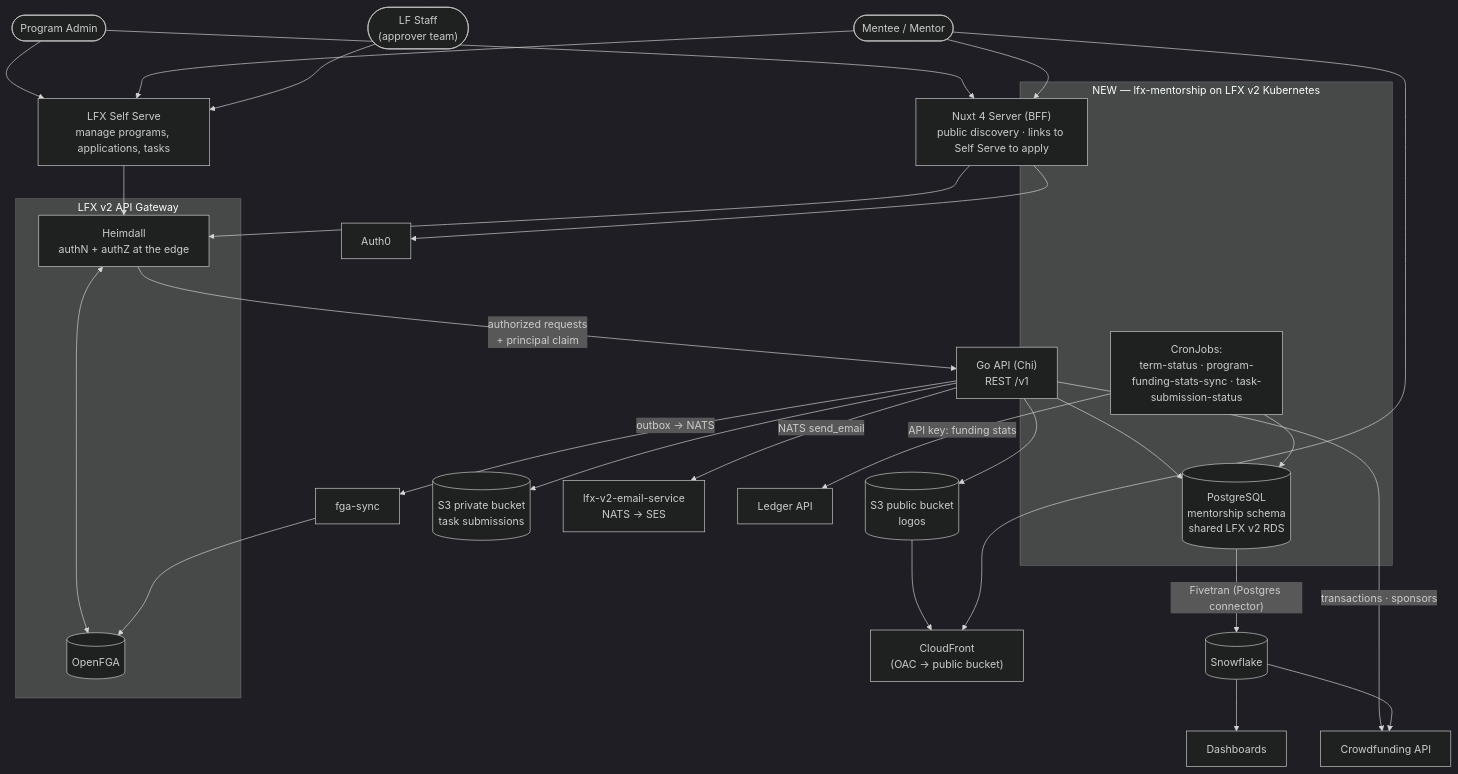
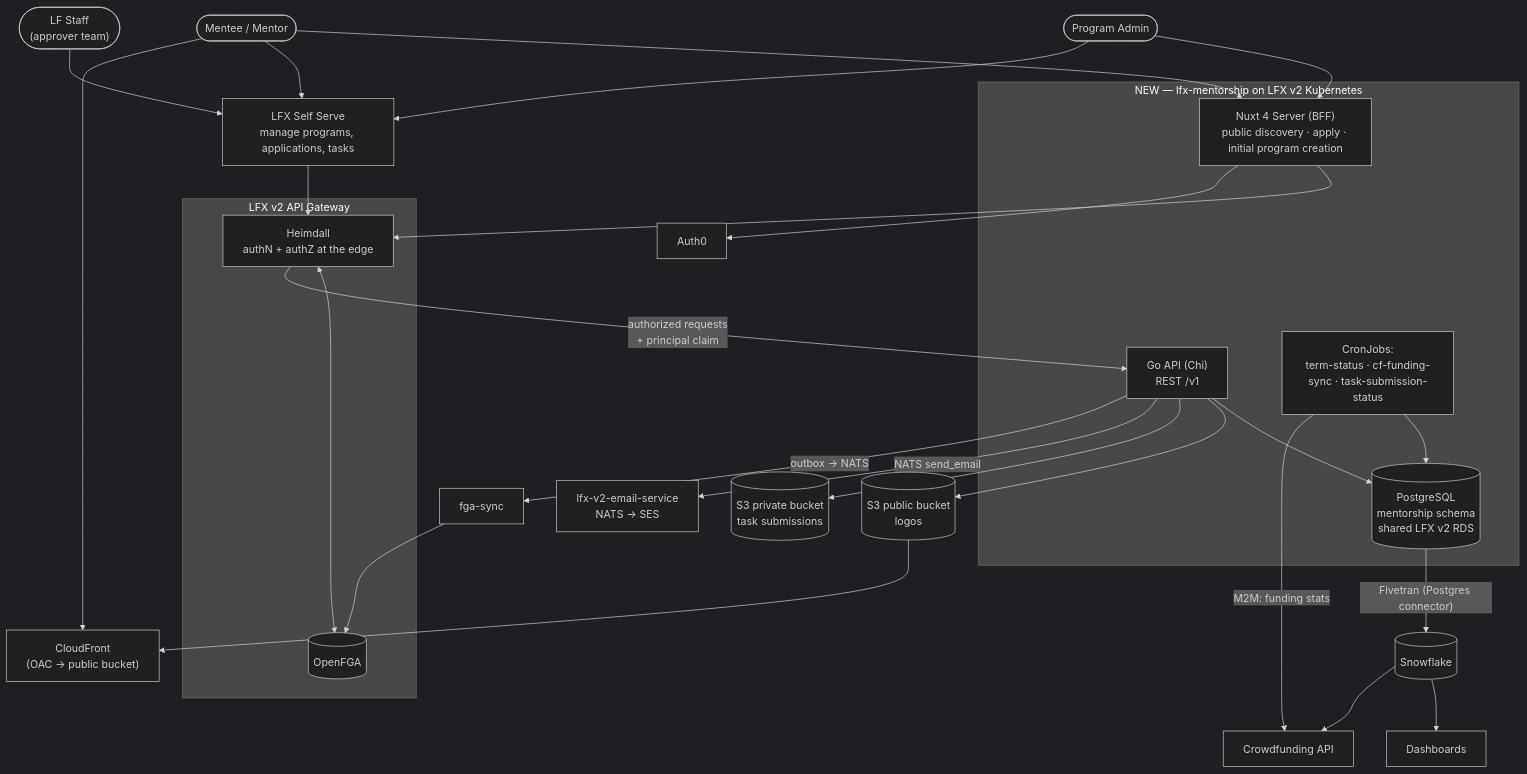
Before and after one commit to linuxfoundation/lfx-mentorship: the first of 2 diagrams in docs/rewrite/02-target-architecture.md, drawn with Mermaid (dark theme). The commit also changed other lines of this file and 2 other files, not shown here.

First line of the commit message:
docs: limit #143 to ARCHITECTURE.md and CODEOWNERS, target state only

````diff
--- a/docs/rewrite/02-target-architecture.md
+++ b/docs/rewrite/02-target-architecture.md
@@ -22,52 +22,50 @@
 ```mermaid
 flowchart TB
     ADMIN(["Program Admin"])
     USERS(["Mentee / Mentor"])
     SUPER(["LF Staff<br/>(approver team)"])
 
     subgraph GW["LFX v2 API Gateway"]
         HEIMDALL["Heimdall<br/>authN + authZ at the edge"]
         FGA[("OpenFGA")]
     end
 
     subgraph K8S["NEW — lfx-mentorship on LFX v2 Kubernetes"]
-        NUXT["Nuxt 4 Server (BFF)<br/>public discovery · links to Self Serve to apply"]
+        NUXT["Nuxt 4 Server (BFF)<br/>public discovery · apply · initial program creation"]
         API["Go API (Chi)<br/>REST /v1"]
         PG[("PostgreSQL<br/>mentorship schema<br/>shared LFX v2 RDS")]
-        CRONS["CronJobs:<br/>term-status · program-funding-stats-sync · task-submission-status"]
+        CRONS["CronJobs:<br/>term-status · cf-funding-sync · task-submission-status"]
     end
 
     SS["LFX Self Serve<br/>manage programs, applications, tasks"]
     SYNC["fga-sync"]
     AUTH0["Auth0"]
     S3PUB[("S3 public bucket<br/>logos")]
     S3PRIV[("S3 private bucket<br/>task submissions")]
     CDN["CloudFront<br/>(OAC → public bucket)"]
     EMAIL["lfx-v2-email-service<br/>NATS → SES"]
     CFAPI["Crowdfunding API"]
-    LEDGER["Ledger API"]
     SF[("Snowflake")]
     DASH["Dashboards"]
 
     ADMIN & USERS --> NUXT
     ADMIN & USERS & SUPER --> SS
     NUXT --> HEIMDALL
     SS --> HEIMDALL
     HEIMDALL <--> FGA
     HEIMDALL -- "authorized requests<br/>+ principal claim" --> API
     NUXT --> AUTH0
     API --> PG
     API --> S3PUB
     API --> S3PRIV
     S3PUB --> CDN
     USERS --> CDN
     API -- "NATS send_email" --> EMAIL
     API -- "outbox → NATS" --> SYNC
     SYNC --> FGA
     CRONS --> PG
-    CRONS -- "API key: funding stats" --> LEDGER
-    API -- "transactions · sponsors" --> CFAPI
+    CRONS -- "M2M: funding stats" --> CFAPI
     PG -- "Fivetran (Postgres connector)" --> SF
     SF --> DASH
     SF --> CFAPI
 ```
````
